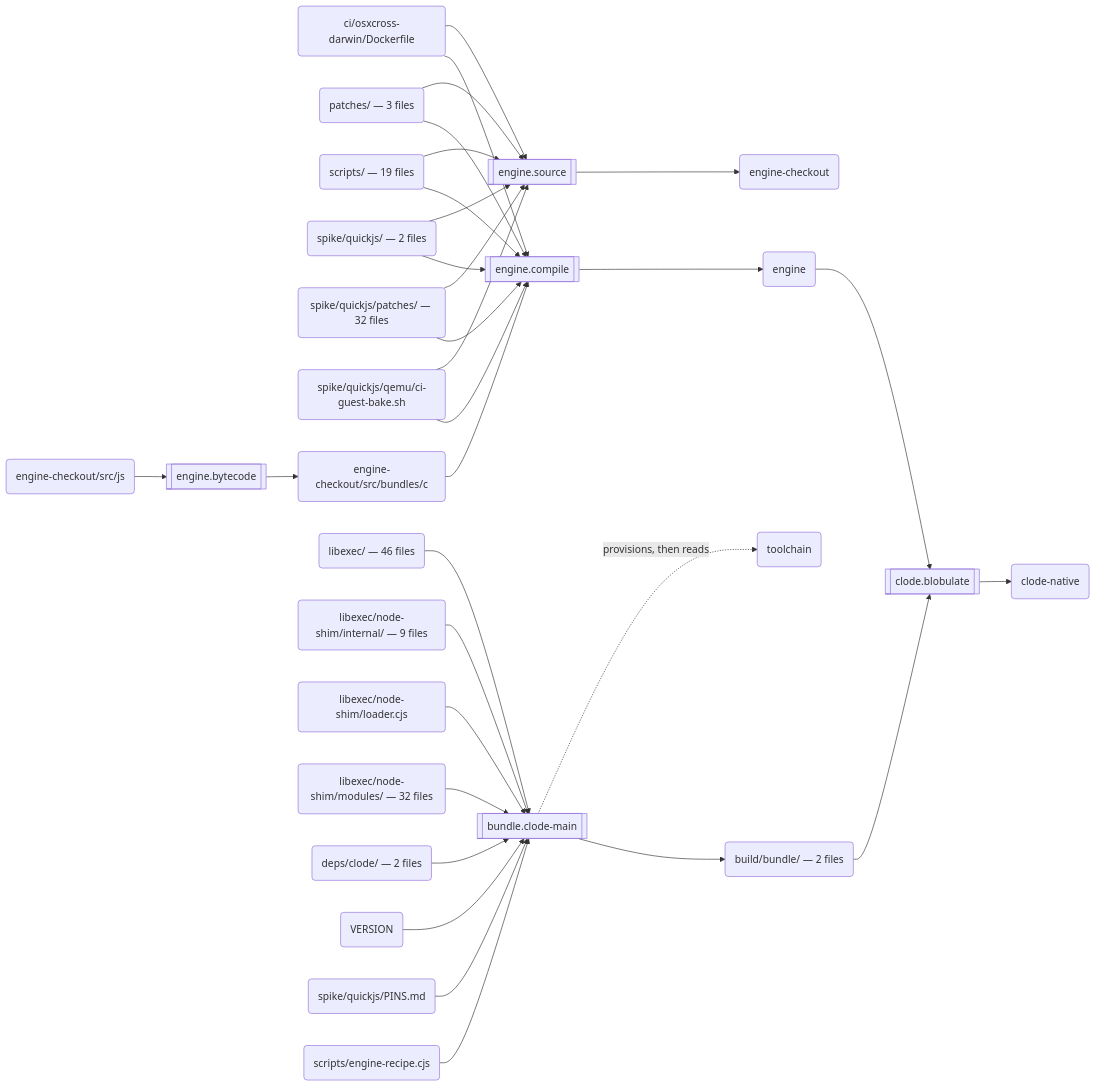
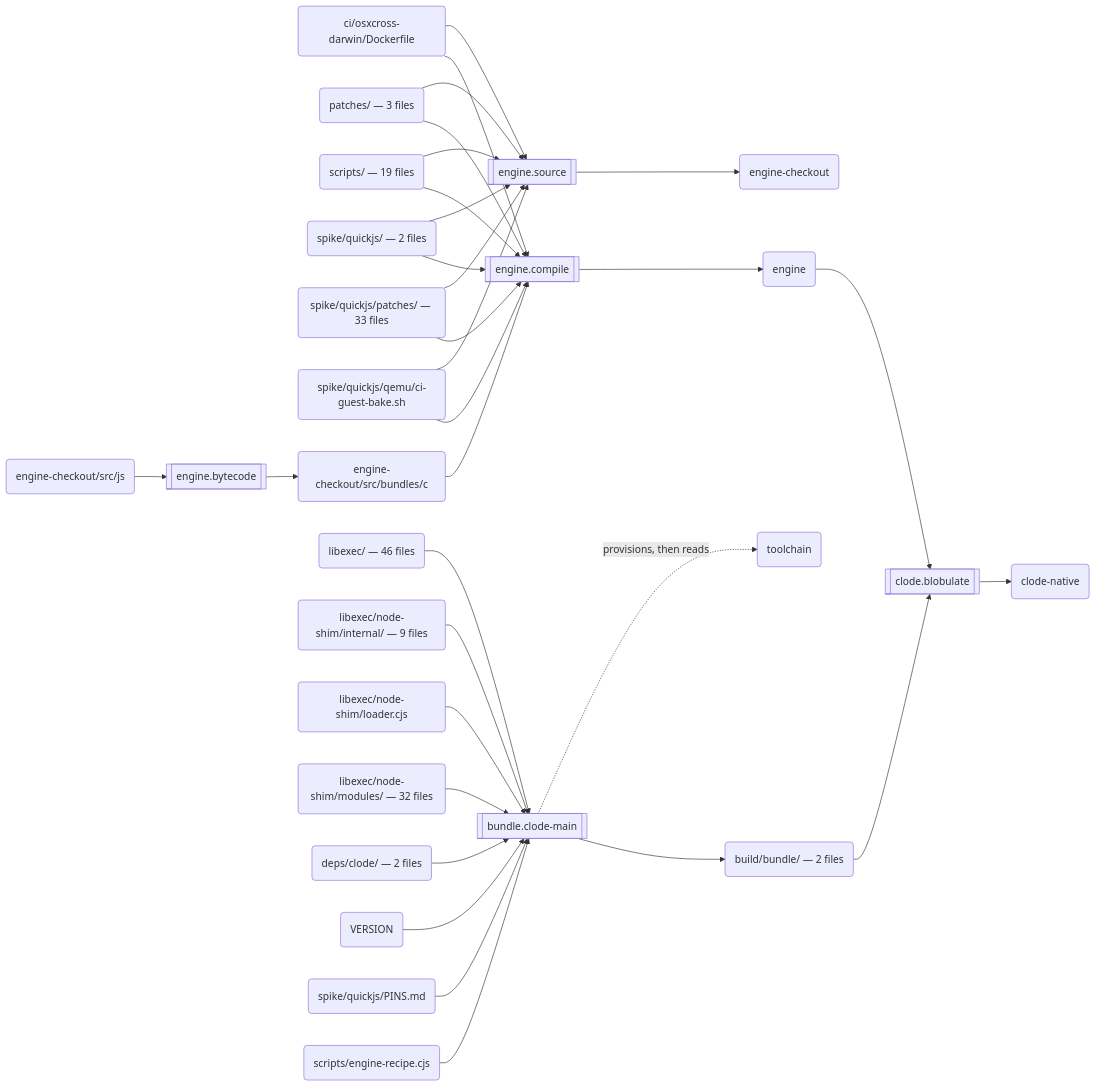
The second of 3 diagrams in docs/build.md (schmonz/clode), drawn with Mermaid before and after one commit. The commit also changed other lines of this file and 1 other file, not shown here.

Commit message:
fix(gates): the two reds the sync-utime commit left: docs/build.md and its new test's classification
The 2.1.330 suite after 5003216 was 4053 pass, 2 fail, both structural:

- docs-build-page-fresh: the new txiki-sync-utime.patch is one more engine.source input
  (35 -> 36, spike/quickjs/patches/ 32 -> 33 files). Regenerated with
  scripts/render-build-graph.cjs --write; those two counts are the whole diff.
- guards-population: test/node-shim-fs-utime-sync.test.cjs counted as scanner-shaped
  (82 > 81). It has node-shim-fs-engine-floor.test.cjs's shape, which is already excluded:
  it reads the stale-engine prelude to prepend as code, and matches the refusal and floor log
  its own run wrote. It gets the same recorded GUARD_EXCLUSIONS entry, with that reason.

Claude-Session: https://claude.ai/code/session_01X9pCeEg19PPwwjgrS8wV5a

````diff
--- a/docs/build.md
+++ b/docs/build.md
@@ -123,59 +123,59 @@
 ```mermaid
 flowchart LR
   s0[["engine.source"]]
   a0("ci/osxcross-darwin/Dockerfile")
   a1("patches/ — 3 files")
   a2("scripts/ — 19 files")
   a3("spike/quickjs/ — 2 files")
-  a4("spike/quickjs/patches/ — 32 files")
+  a4("spike/quickjs/patches/ — 33 files")
   a5("spike/quickjs/qemu/ci-guest-bake.sh")
   a6("engine-checkout")
   s1[["engine.bytecode"]]
   a7("engine-checkout/src/js")
   a8("engine-checkout/src/bundles/c")
   s2[["engine.compile"]]
   a9("engine")
   s3[["bundle.clode-main"]]
   a10("libexec/ — 46 files")
   a11("libexec/node-shim/internal/ — 9 files")
   a12("libexec/node-shim/loader.cjs")
   a13("libexec/node-shim/modules/ — 32 files")
   a14("deps/clode/ — 2 files")
   a15("VERSION")
   a16("spike/quickjs/PINS.md")
   a17("scripts/engine-recipe.cjs")
   a18("toolchain")
   a19("build/bundle/ — 2 files")
   s4[["clode.blobulate"]]
   a20("clode-native")
   a0 --> s0
   a1 --> s0
   a2 --> s0
   a3 --> s0
   a4 --> s0
   a5 --> s0
   s0 --> a6
   a7 --> s1
   s1 --> a8
   a8 --> s2
   a0 --> s2
   a1 --> s2
   a2 --> s2
   a3 --> s2
   a4 --> s2
   a5 --> s2
   s2 --> a9
   a10 --> s3
   a11 --> s3
   a12 --> s3
   a13 --> s3
   a14 --> s3
   a15 --> s3
   a16 --> s3
   a17 --> s3
   s3 -.->|"provisions, then reads"| a18
   s3 --> a19
   a9 --> s4
   a19 --> s4
   s4 --> a20
 ```
````
